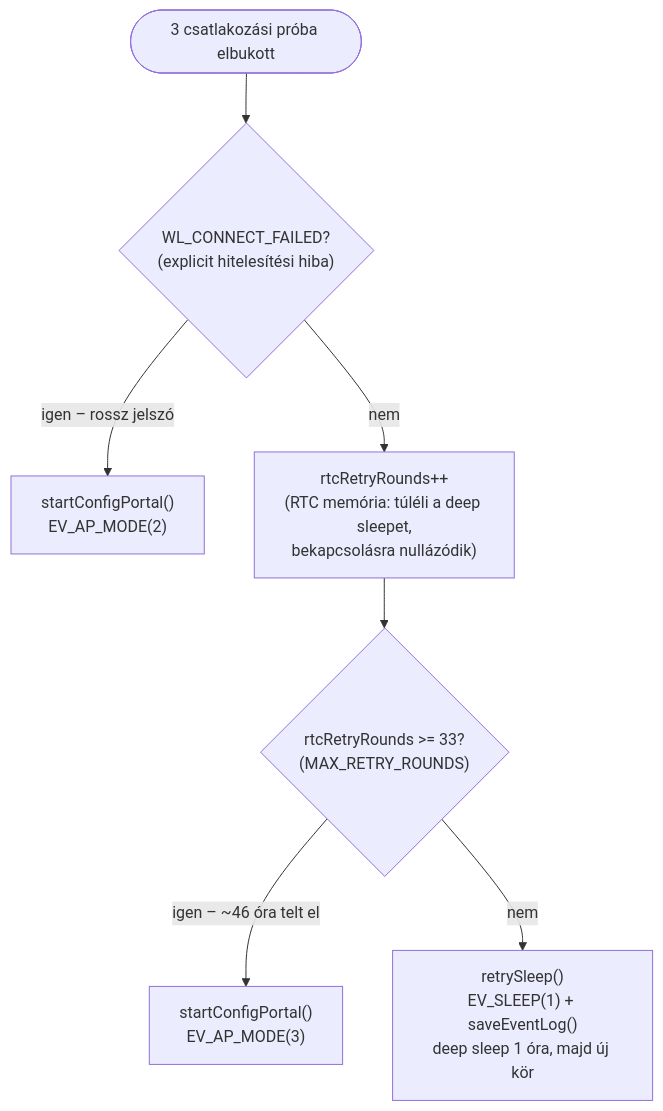
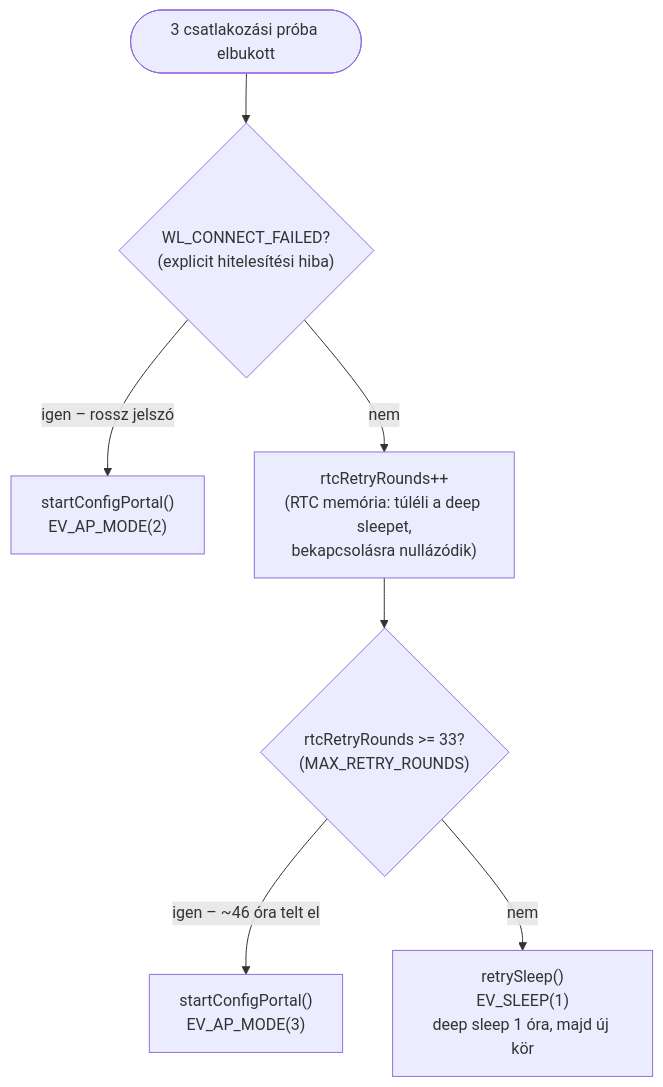
Before and after one commit to manszabi/bazsi-router-reboot: the sixth of 9 diagrams in FOLYAMATABRA.md, drawn with Mermaid. The commit also changed other lines of this file and 6 other files, not shown here.

````diff
--- a/FOLYAMATABRA.md
+++ b/FOLYAMATABRA.md
@@ -194,9 +195,9 @@
 ```mermaid
 flowchart TD
     IN([3 csatlakozási próba elbukott]) --> AUTH{"WL_CONNECT_FAILED?<br>(explicit hitelesítési hiba)"}
     AUTH -->|"igen – rossz jelszó"| AP2["startConfigPortal()<br>EV_AP_MODE(2)"]
     AUTH -->|nem| INC["rtcRetryRounds++<br>(RTC memória: túléli a deep sleepet,<br>bekapcsolásra nullázódik)"]
     INC --> R33{"rtcRetryRounds >= 33?<br>(MAX_RETRY_ROUNDS)"}
     R33 -->|"igen – ~46 óra telt el"| AP3["startConfigPortal()<br>EV_AP_MODE(3)"]
-    R33 -->|nem| SL["retrySleep()<br>EV_SLEEP(1) + saveEventLog()<br>deep sleep 1 óra, majd új kör"]
+    R33 -->|nem| SL["retrySleep()<br>EV_SLEEP(1)<br>deep sleep 1 óra, majd új kör"]
 ```
````
